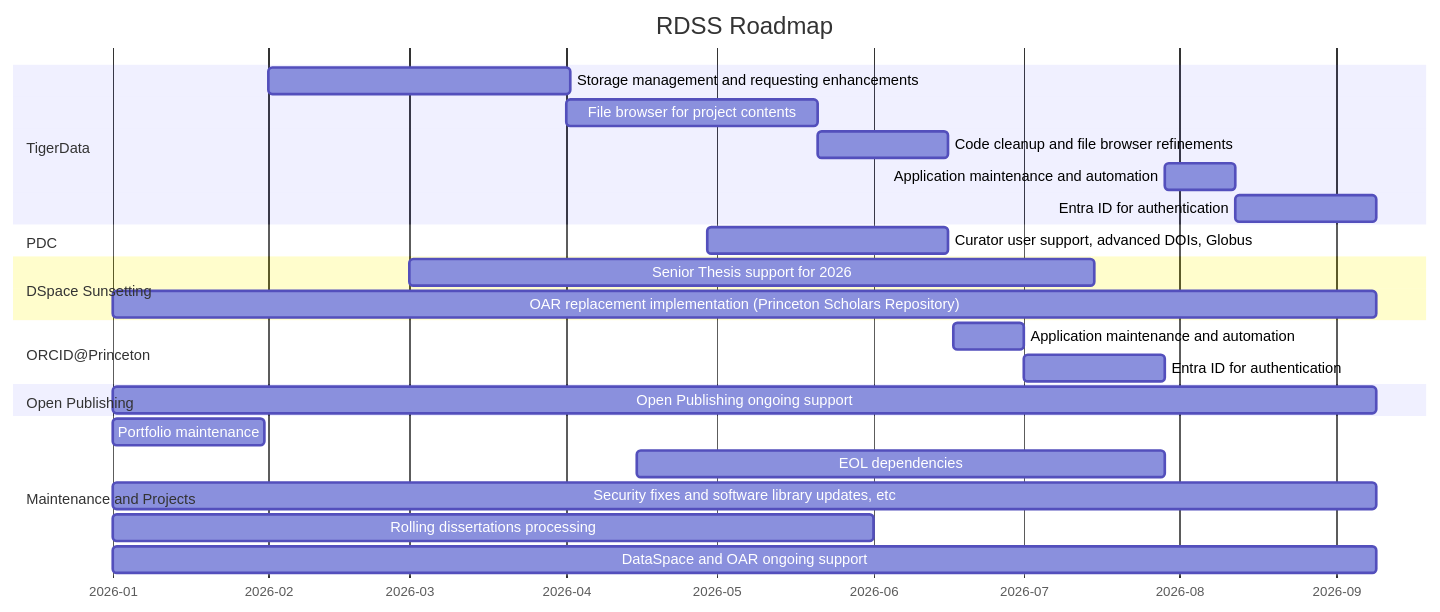
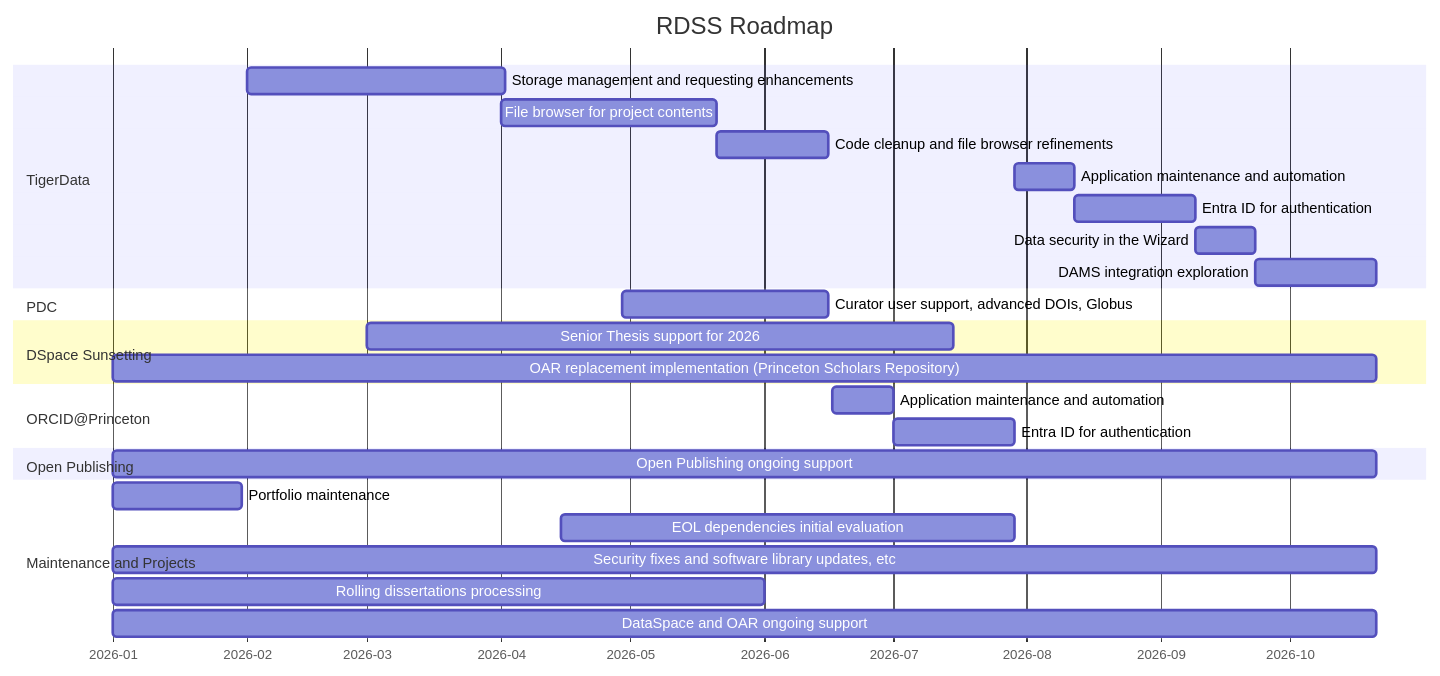
One commit to pulibrary/rdss-handbook changed the diagram in roadmap.md. Above: the diagram before and after it, drawn with Mermaid.

Commit message:
Updated the roadmap

````diff
--- a/roadmap.md
+++ b/roadmap.md
@@ -5,34 +5,36 @@
 ```mermaid
 gantt
     title RDSS Roadmap
     axisFormat  %Y-%m
     dateformat YYYY-MM
 
     section TigerData
     Storage management and requesting enhancements: td1, 2026-02-01, 60d
     File browser for project contents: td2, 2026-04-01, 50d
     Code cleanup and file browser refinements: td3, 2026-05-21, 26d
     Application maintenance and automation: td4,2026-07-29, 14d
     Entra ID for authentication: td4,2026-08-12, 28d
+    Data security in the Wizard: td5,2026-09-09, 14d
+    DAMS integration exploration: td5,2026-09-23, 28d
 
     section PDC
     Curator user support, advanced DOIs, Globus: pdc1, 2026-04-29, 48d
 
     section DSpace Sunsetting
     Senior Thesis support for 2026: dsp3, 2026-03-01, 136d
-    OAR replacement implementation (Princeton Scholars Repository): dsps5, 2026-01-01, 251d
+    OAR replacement implementation (Princeton Scholars Repository): dsps5, 2026-01-01, 293d
 
     section ORCID@Princeton
     Application maintenance and automation: orc1,2026-06-17, 14d
     Entra ID for authentication: orc1,2026-07-01, 28d
 
     section Open Publishing
-    Open Publishing ongoing support: dsp3,2026-01-01, 251d
+    Open Publishing ongoing support: dsp3,2026-01-01, 293d
 
     section Maintenance and Projects
     Portfolio maintenance: 2026-01-01, 30d
-    EOL dependencies: 2026-04-15,105d
-    Security fixes and software library updates, etc: dsp1,2026-01-01, 251d
+    EOL dependencies initial evaluation: 2026-04-15,105d
+    Security fixes and software library updates, etc: dsp1,2026-01-01, 293d
     Rolling dissertations processing: dsp2,2026-01-01, 151d
-    DataSpace and OAR ongoing support: dsp3,2026-01-01, 251d     
+    DataSpace and OAR ongoing support: dsp3,2026-01-01, 293d
 ```
````
